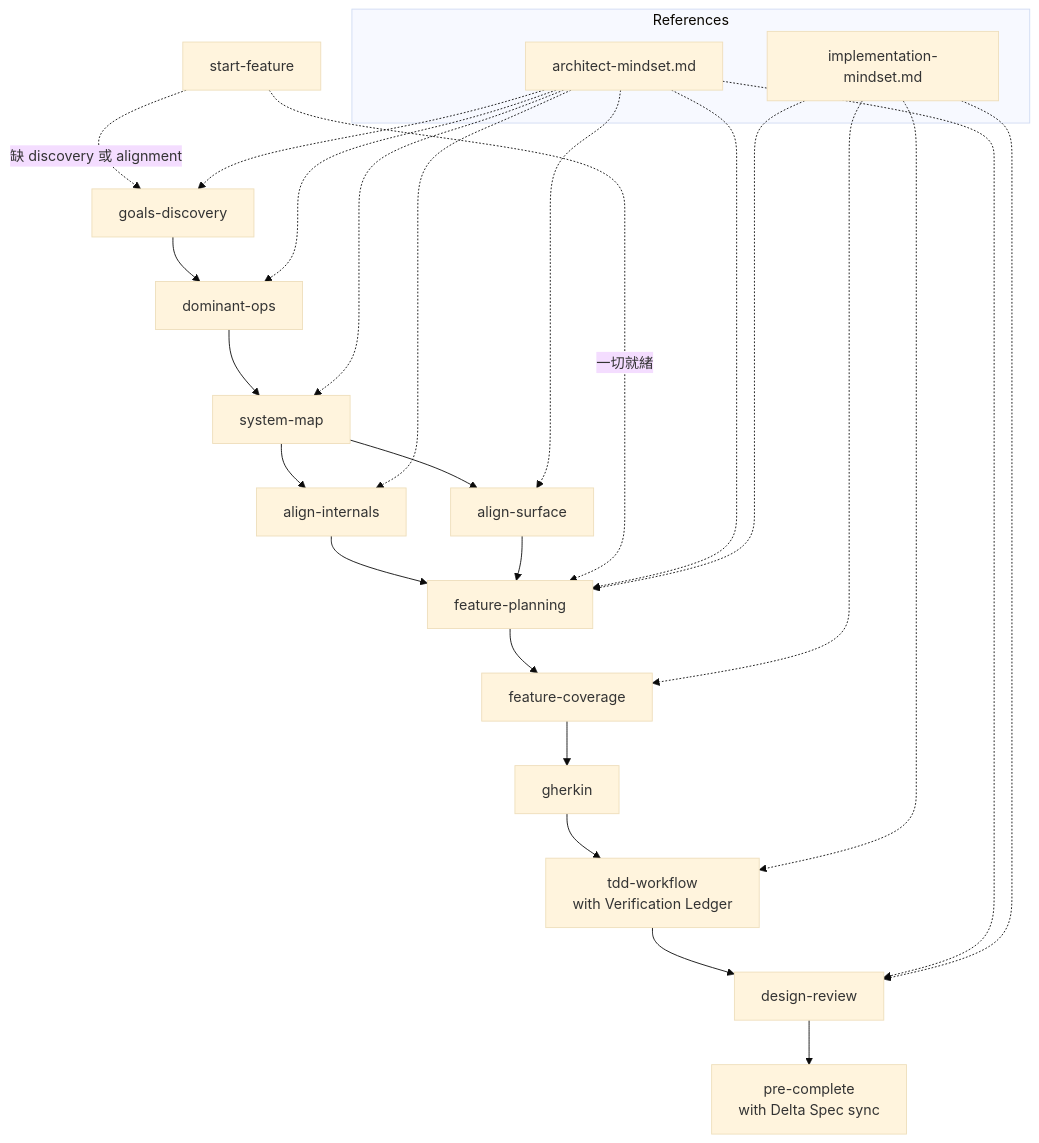
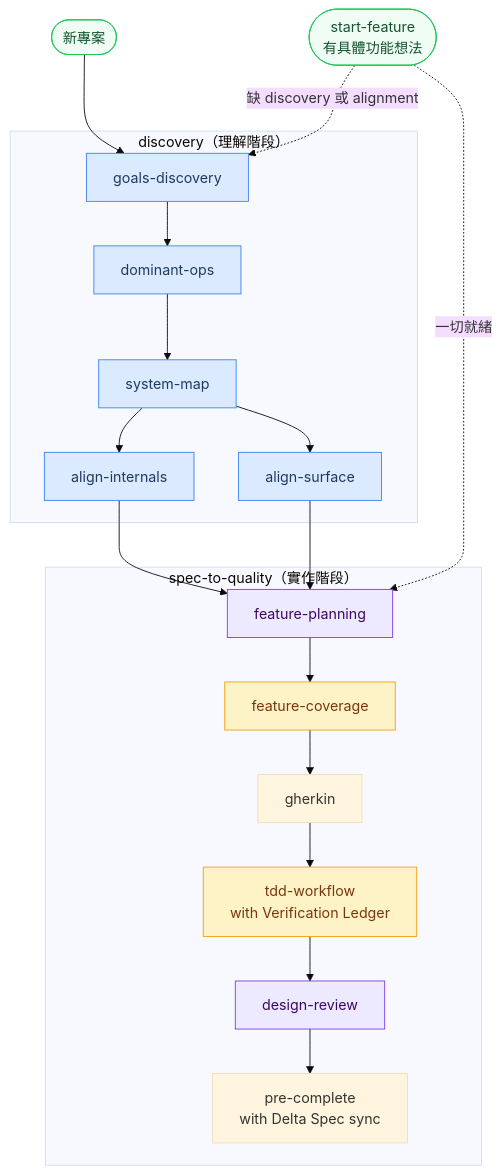
One commit to class83108/spec-to-quality changed the diagram in plugins/insight-to-quality/CLAUDE.md. Above: the diagram before and after it, drawn with Mermaid (base theme). The commit also changed other lines of this file and 1 other file, not shown here.

Commit message:
fix: mermaid 圖加入兩個明確的入口節點
新增「新專案」與「start-feature（有具體功能想法）」作為獨立入口，
用圓角矩形與綠色區分入口節點和 skill 節點，
移除 Reference 虛線箭頭改用顏色分組

````diff
--- a/plugins/insight-to-quality/CLAUDE.md
+++ b/plugins/insight-to-quality/CLAUDE.md
@@ -11,24 +11,33 @@
 ```mermaid
 flowchart TD
-    subgraph refs[References]
-        AM[architect-mindset.md]
-        IM[implementation-mindset.md]
+    subgraph discovery["discovery（理解階段）"]
+        G[goals-discovery] --> D[dominant-ops]
+        D --> S[system-map]
+        S --> AI[align-internals]
+        S --> AS[align-surface]
     end
 
-    G[goals-discovery] --> D[dominant-ops]
-    D --> S[system-map]
-    S --> AI[align-internals]
-    S --> AS[align-surface]
-    AI & AS --> FP[feature-planning]
-    FP --> FC[feature-coverage]
-    FC --> GH[gherkin]
-    GH --> TDD[tdd-workflow<br/>with Verification Ledger]
-    TDD --> DR[design-review]
-    DR --> PC[pre-complete<br/>with Delta Spec sync]
+    AI & AS --> FP
 
-    SF[start-feature] -.->|缺 discovery 或 alignment| G
+    subgraph impl["spec-to-quality（實作階段）"]
+        FP[feature-planning] --> FC[feature-coverage]
+        FC --> GH[gherkin]
+        GH --> TDD[tdd-workflow<br/>with Verification Ledger]
+        TDD --> DR[design-review]
+        DR --> PC[pre-complete<br/>with Delta Spec sync]
+    end
+
+    NEW([新專案]) --> G
+    SF([start-feature<br/>有具體功能想法]) -.->|缺 discovery 或 alignment| G
     SF -.->|一切就緒| FP
 
-    AM -.-> G & D & S & AI & AS & FP & DR
-    IM -.-> FP & FC & TDD & DR
+    classDef am fill:#dbeafe,stroke:#3b82f6,color:#1e3a5f
+    classDef im fill:#fef3c7,stroke:#f59e0b,color:#78350f
+    classDef both fill:#ede9fe,stroke:#7c3aed,color:#3b0764
+    classDef entry fill:#f0fdf4,stroke:#22c55e,color:#14532d
+
+    class G,D,S,AI,AS am
+    class FC,TDD im
+    class FP,DR both
+    class NEW,SF entry
 ```
````
